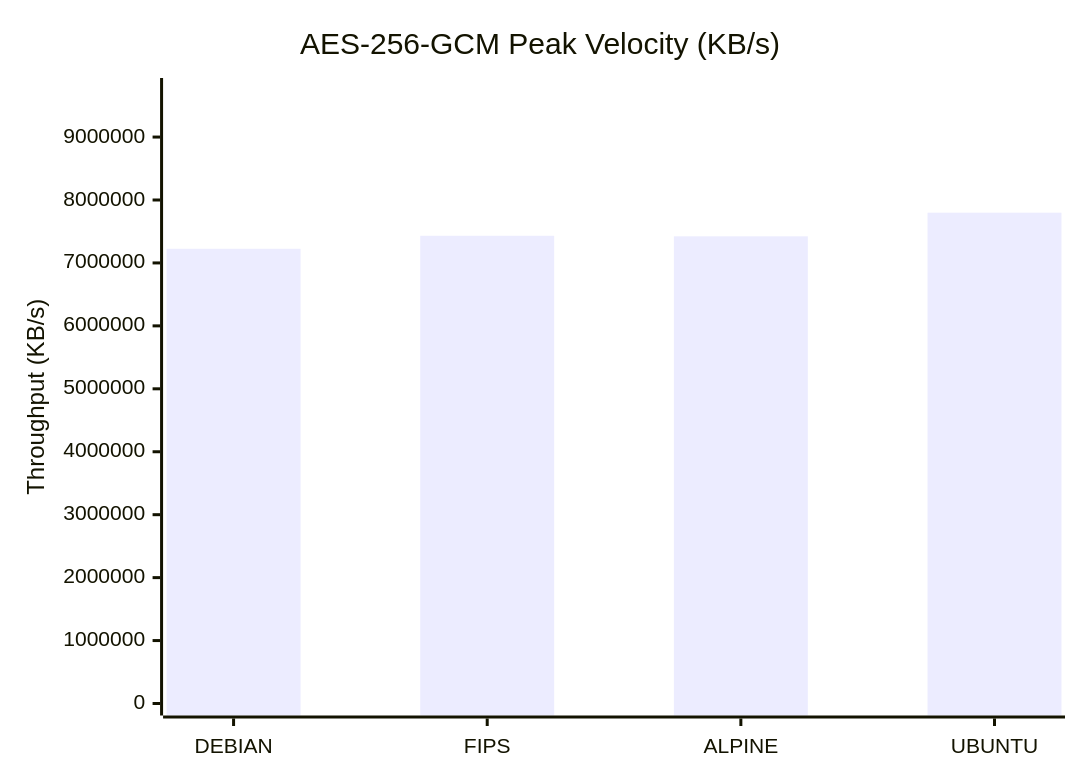
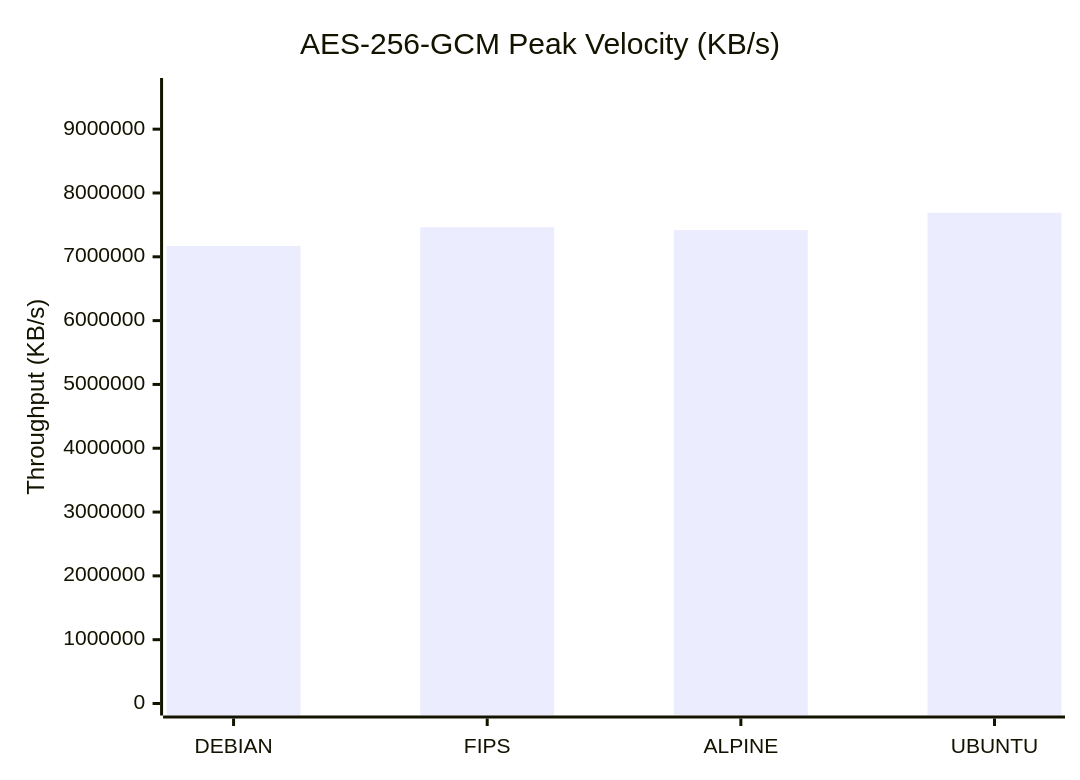
Before and after one commit to taha2samy/openssl_fips: the first of 9 diagrams in docs/Comparison_Report.md, drawn with Mermaid. The commit also changed other lines of this file and 3 other files, not shown here.

````diff
--- a/docs/Comparison_Report.md
+++ b/docs/Comparison_Report.md
@@ -56,7 +56,7 @@
 ```mermaid
 xychart-beta
     title "AES-256-GCM Peak Velocity (KB/s)"
     x-axis [DEBIAN, FIPS, ALPINE, UBUNTU]
-    y-axis "Throughput (KB/s)" 0 --> 9747681
-    bar [7225171.97, 7431528.45, 7423115.26, 7798145.02]
+    y-axis "Throughput (KB/s)" 0 --> 9613824
+    bar [7168573.44, 7463952.38, 7418716.16, 7691059.2]
 ```
````
